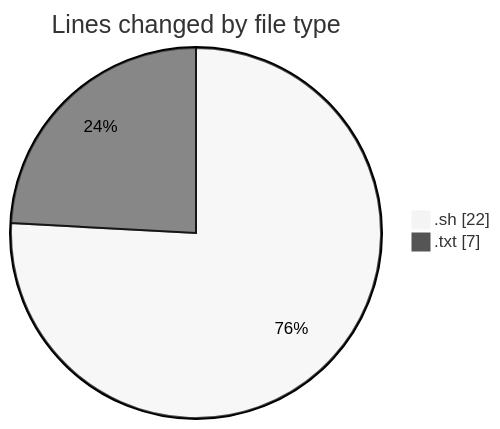
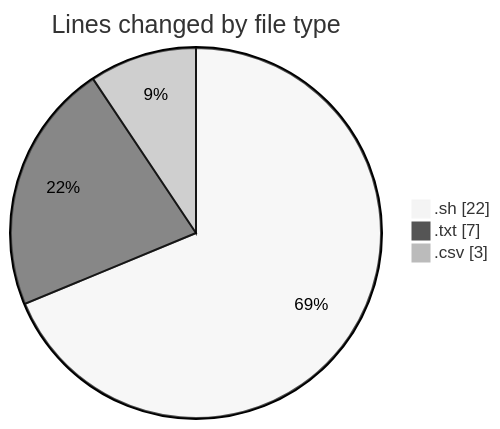
One commit to ricardozamudiocil/code-tracking changed the first of 2 diagrams in 2026-11-12/scripts/README.md. Above: the diagram before and after it, drawn with Mermaid (neutral theme). The commit also changed other lines of this file and 1 other file, not shown here.

````diff
--- a/2026-11-12/scripts/README.md
+++ b/2026-11-12/scripts/README.md
@@ -21,6 +22,7 @@
 ```mermaid
 pie showData
 title Lines changed by file type
 ".sh" : 22
 ".txt" : 7
+".csv" : 3
 ```
````
